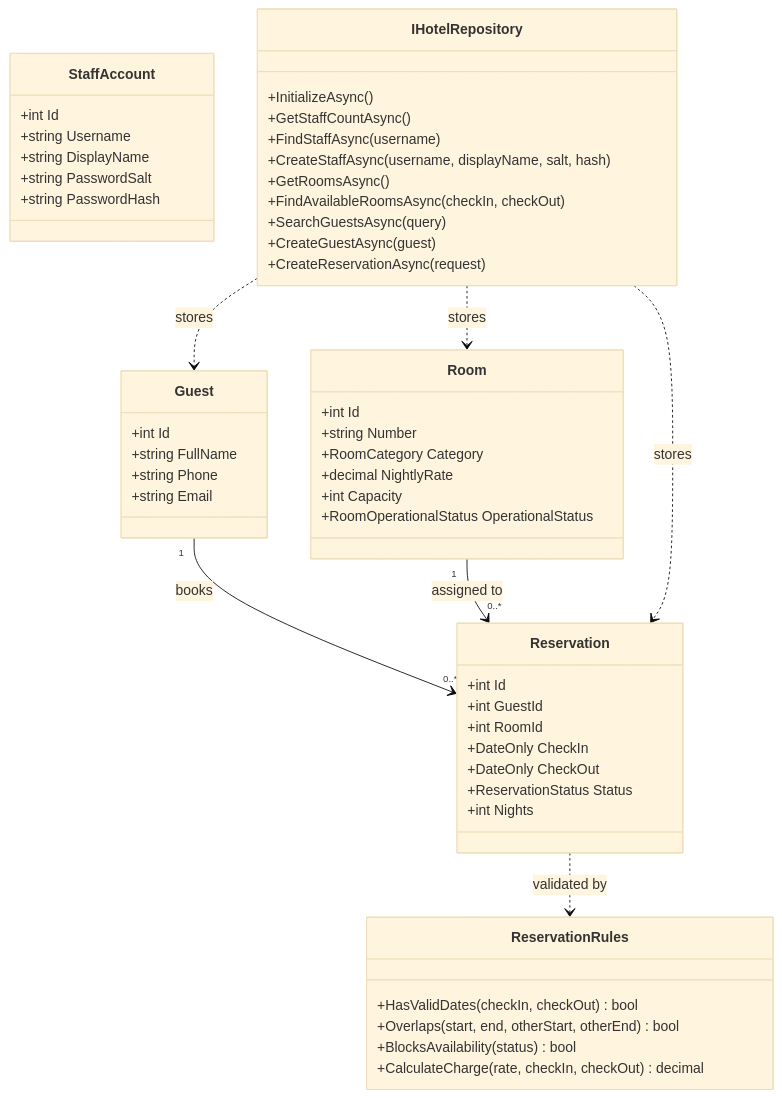
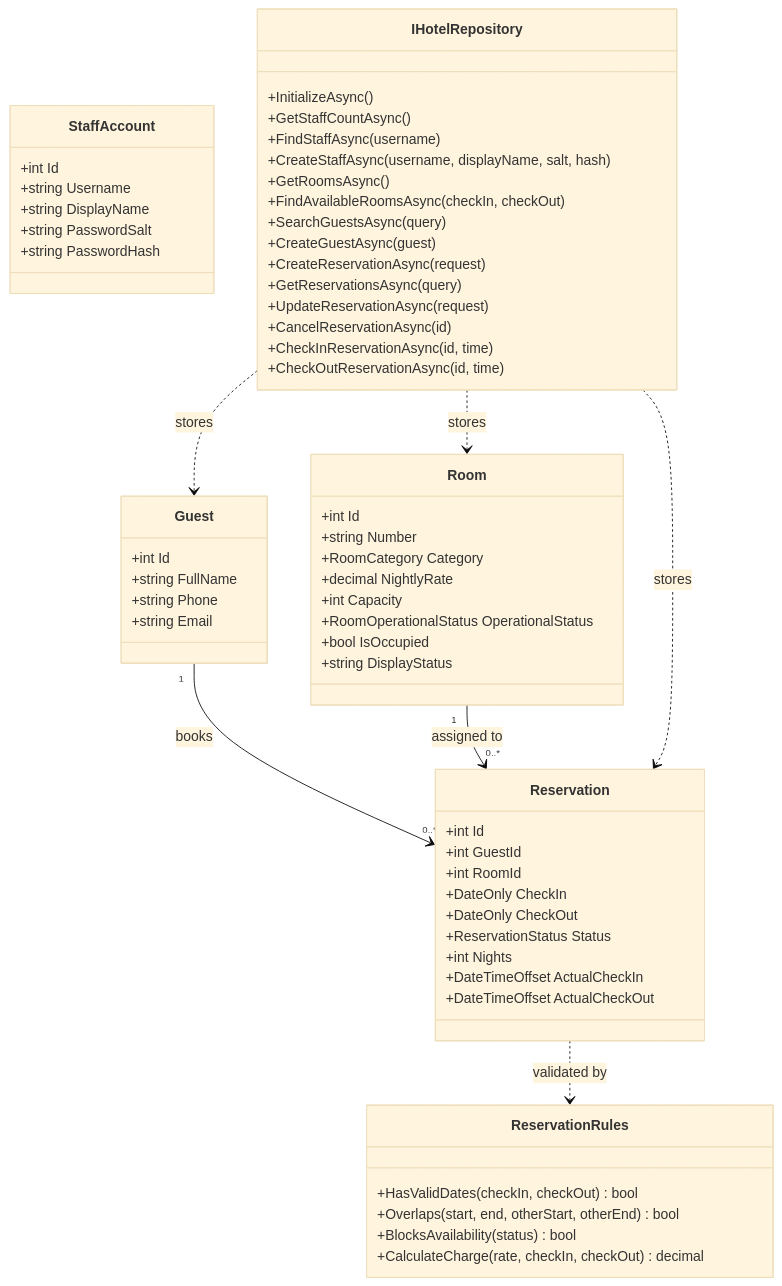
Before and after one commit to Build-01/GROUP10_ROOSE: the third of 6 diagrams in docs/design.md, drawn with Mermaid (base theme). The commit also changed other lines of this file and 7 other files, not shown here.

````diff
--- a/docs/design.md
+++ b/docs/design.md
@@ -52,56 +52,65 @@
 ```mermaid
 classDiagram
     class Room {
       +int Id
       +string Number
       +RoomCategory Category
       +decimal NightlyRate
       +int Capacity
       +RoomOperationalStatus OperationalStatus
+      +bool IsOccupied
+      +string DisplayStatus
     }
     class Guest {
       +int Id
       +string FullName
       +string Phone
       +string Email
     }
     class StaffAccount {
       +int Id
       +string Username
       +string DisplayName
       +string PasswordSalt
       +string PasswordHash
     }
     class Reservation {
       +int Id
       +int GuestId
       +int RoomId
       +DateOnly CheckIn
       +DateOnly CheckOut
       +ReservationStatus Status
       +int Nights
+      +DateTimeOffset ActualCheckIn
+      +DateTimeOffset ActualCheckOut
     }
     class ReservationRules {
       +HasValidDates(checkIn, checkOut) bool
       +Overlaps(start, end, otherStart, otherEnd) bool
       +BlocksAvailability(status) bool
       +CalculateCharge(rate, checkIn, checkOut) decimal
     }
     class IHotelRepository {
       +InitializeAsync()
       +GetStaffCountAsync()
       +FindStaffAsync(username)
       +CreateStaffAsync(username, displayName, salt, hash)
       +GetRoomsAsync()
       +FindAvailableRoomsAsync(checkIn, checkOut)
       +SearchGuestsAsync(query)
       +CreateGuestAsync(guest)
       +CreateReservationAsync(request)
+      +GetReservationsAsync(query)
+      +UpdateReservationAsync(request)
+      +CancelReservationAsync(id)
+      +CheckInReservationAsync(id, time)
+      +CheckOutReservationAsync(id, time)
     }
     Guest "1" --> "0..*" Reservation : books
     Room "1" --> "0..*" Reservation : assigned to
     Reservation ..> ReservationRules : validated by
     IHotelRepository ..> Room : stores
     IHotelRepository ..> Guest : stores
     IHotelRepository ..> Reservation : stores
 ```
````
